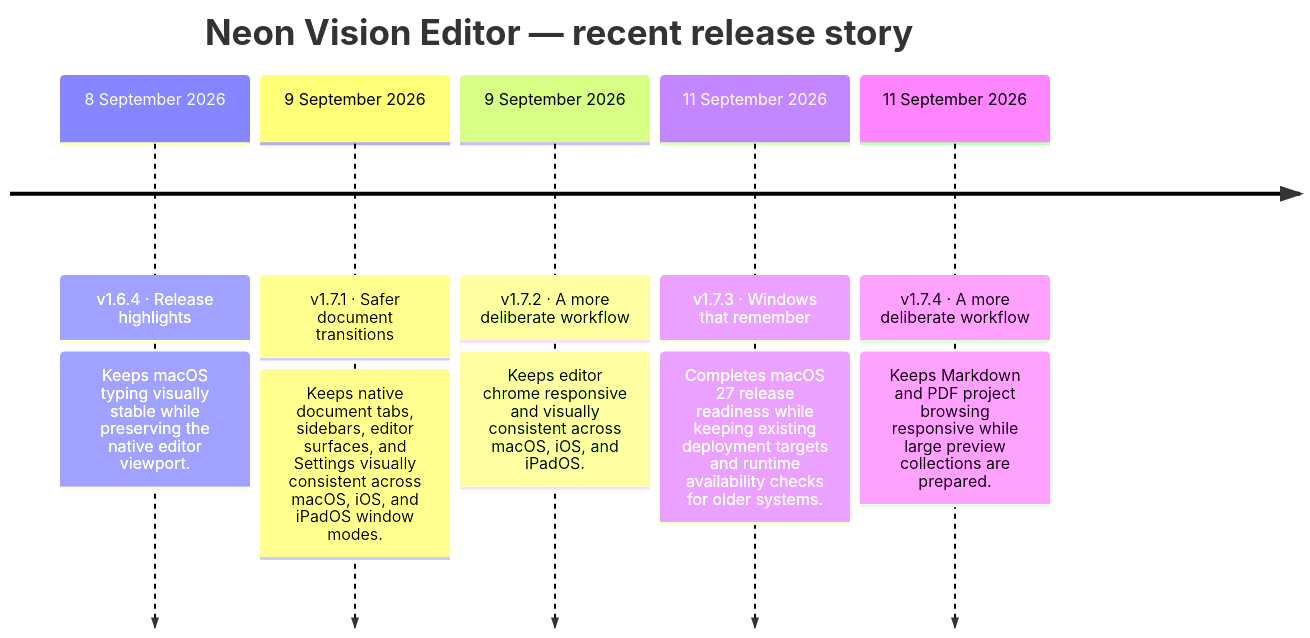
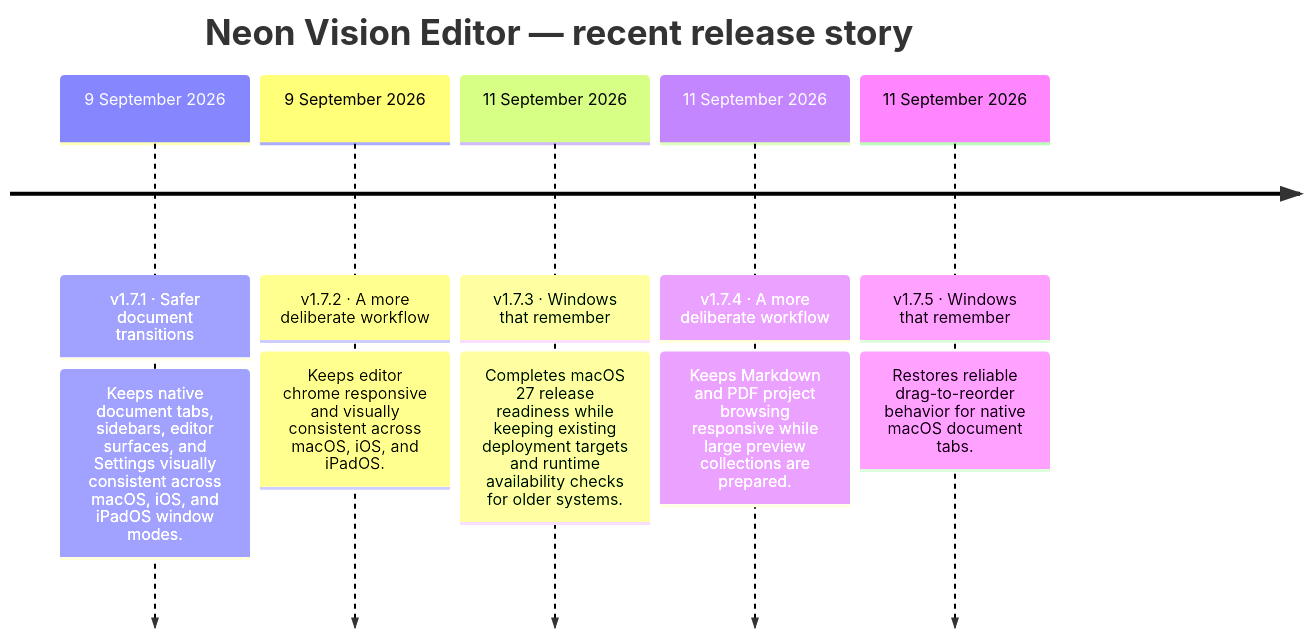
The diagram in README.md (h3pdesign/Neon-Vision-Editor), drawn with Mermaid before and after one commit. The commit also changed other lines of this file and 9 other files, not shown here.

````diff
--- a/README.md
+++ b/README.md
@@ -749,14 +746,14 @@
 ```mermaid
 timeline
     title Neon Vision Editor — recent release story
-    8 September 2026 : v1.6.4 · Release highlights
-                : Keeps macOS typing visually stable while preserving the native editor viewport.
     9 September 2026 : v1.7.1 · Safer document transitions
                 : Keeps native document tabs, sidebars, editor surfaces, and Settings visually consistent across macOS, iOS, and iPadOS window modes.
     9 September 2026 : v1.7.2 · A more deliberate workflow
                 : Keeps editor chrome responsive and visually consistent across macOS, iOS, and iPadOS.
     11 September 2026 : v1.7.3 · Windows that remember
                 : Completes macOS 27 release readiness while keeping existing deployment targets and runtime availability checks for older systems.
     11 September 2026 : v1.7.4 · A more deliberate workflow
                 : Keeps Markdown and PDF project browsing responsive while large preview collections are prepared.
+    11 September 2026 : v1.7.5 · Windows that remember
+                : Restores reliable drag-to-reorder behavior for native macOS document tabs.
 ```
````
